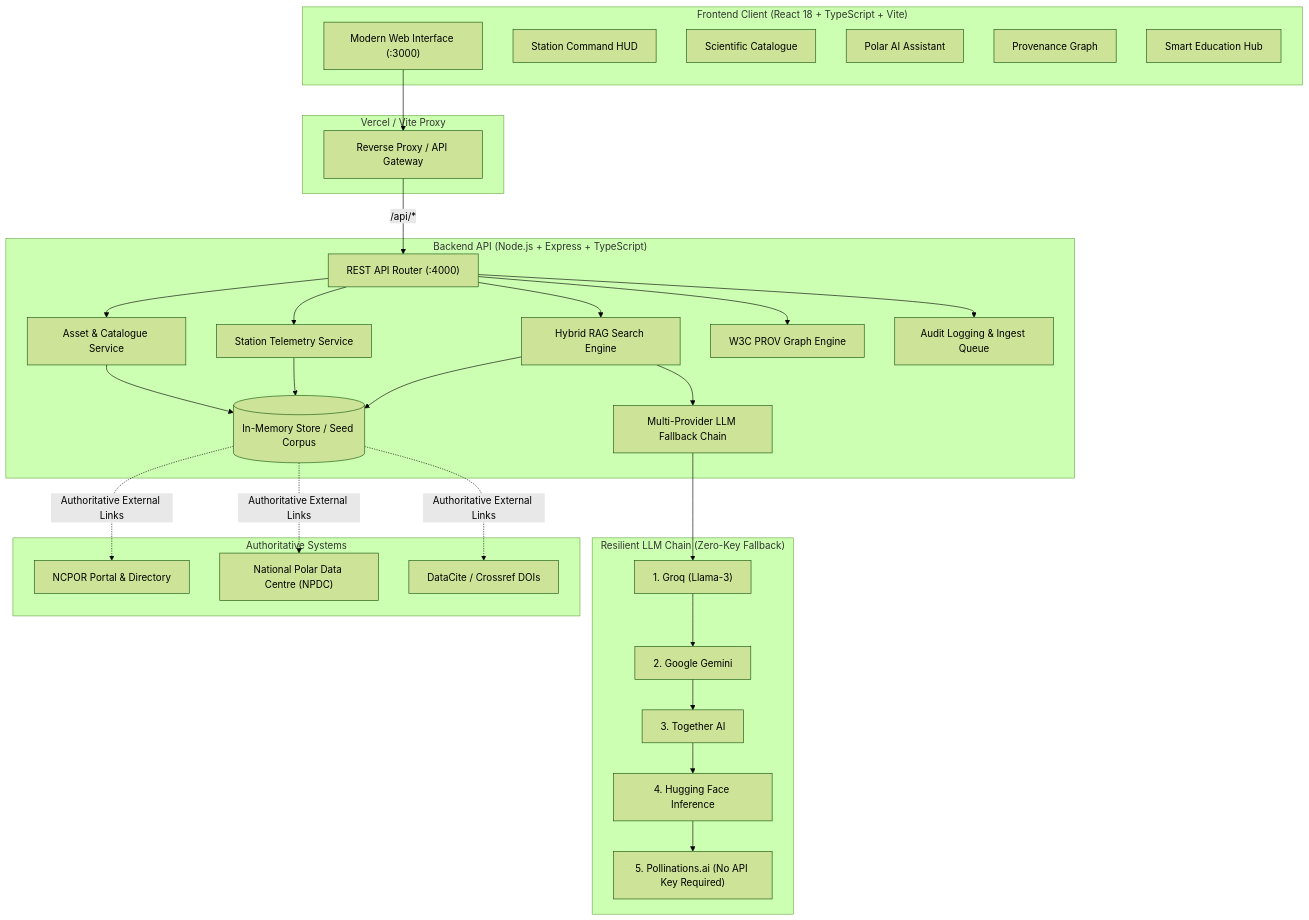
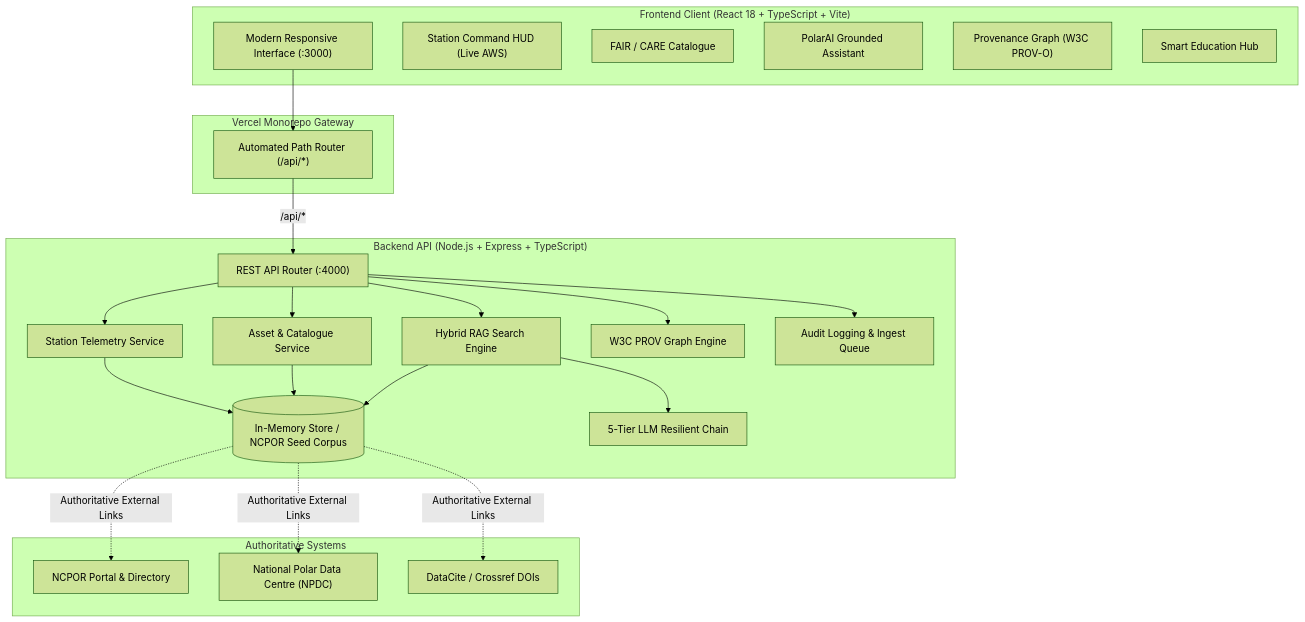
One commit to TruCoded/sih_ps_63 changed the first of 2 diagrams in README.md. Above: the diagram before and after it, drawn with Mermaid (forest theme). The commit also changed other lines of this file, not shown here.

Commit message:
docs: add Mermaid AI architecture and grounded RAG sequence diagram

````diff
--- a/README.md
+++ b/README.md
@@ -43,50 +43,41 @@
 ```mermaid
 flowchart TD
     subgraph Client["Frontend Client (React 18 + TypeScript + Vite)"]
-        UI["Modern Web Interface (:3000)"]
-        HUD["Station Command HUD"]
-        Cat["Scientific Catalogue"]
-        RAGUI["Polar AI Assistant"]
-        ProvUI["Provenance Graph"]
+        UI["Modern Responsive Interface (:3000)"]
+        HUD["Station Command HUD (Live AWS)"]
+        Cat["FAIR / CARE Catalogue"]
+        RAGUI["PolarAI Grounded Assistant"]
+        ProvUI["Provenance Graph (W3C PROV-O)"]
         Edu["Smart Education Hub"]
     end
 
-    subgraph Gateway["Vercel / Vite Proxy"]
-        Proxy["Reverse Proxy / API Gateway"]
+    subgraph Gateway["Vercel Monorepo Gateway"]
+        Proxy["Automated Path Router (/api/*)"]
     end
 
     subgraph Server["Backend API (Node.js + Express + TypeScript)"]
         API["REST API Router (:4000)"]
         StationSvc["Station Telemetry Service"]
         CatalogSvc["Asset & Catalogue Service"]
         RAGSvc["Hybrid RAG Search Engine"]
-        LLMChain["Multi-Provider LLM Fallback Chain"]
+        LLMChain["5-Tier LLM Resilient Chain"]
         ProvSvc["W3C PROV Graph Engine"]
         AuditSvc["Audit Logging & Ingest Queue"]
-        Store[("In-Memory Store / Seed Corpus")]
-    end
-
-    subgraph LLMProviders["Resilient LLM Chain (Zero-Key Fallback)"]
-        P1["1. Groq (Llama-3)"]
-        P2["2. Google Gemini"]
-        P3["3. Together AI"]
-        P4["4. Hugging Face Inference"]
-        P5["5. Pollinations.ai (No API Key Required)"]
+        Store[("In-Memory Store / NCPOR Seed Corpus")]
     end
 
     subgraph External["Authoritative Systems"]
         NCPOR["NCPOR Portal & Directory"]
         NPDC["National Polar Data Centre (NPDC)"]
         DOIs["DataCite / Crossref DOIs"]
     end
 
     UI --> Proxy
     Proxy -->|/api/*| API
     API --> StationSvc & CatalogSvc & RAGSvc & ProvSvc & AuditSvc
     CatalogSvc --> Store
     StationSvc --> Store
     RAGSvc --> Store
     RAGSvc --> LLMChain
-    LLMChain --> P1 --> P2 --> P3 --> P4 --> P5
     Store -.->|Authoritative External Links| NCPOR & NPDC & DOIs
 ```
````
